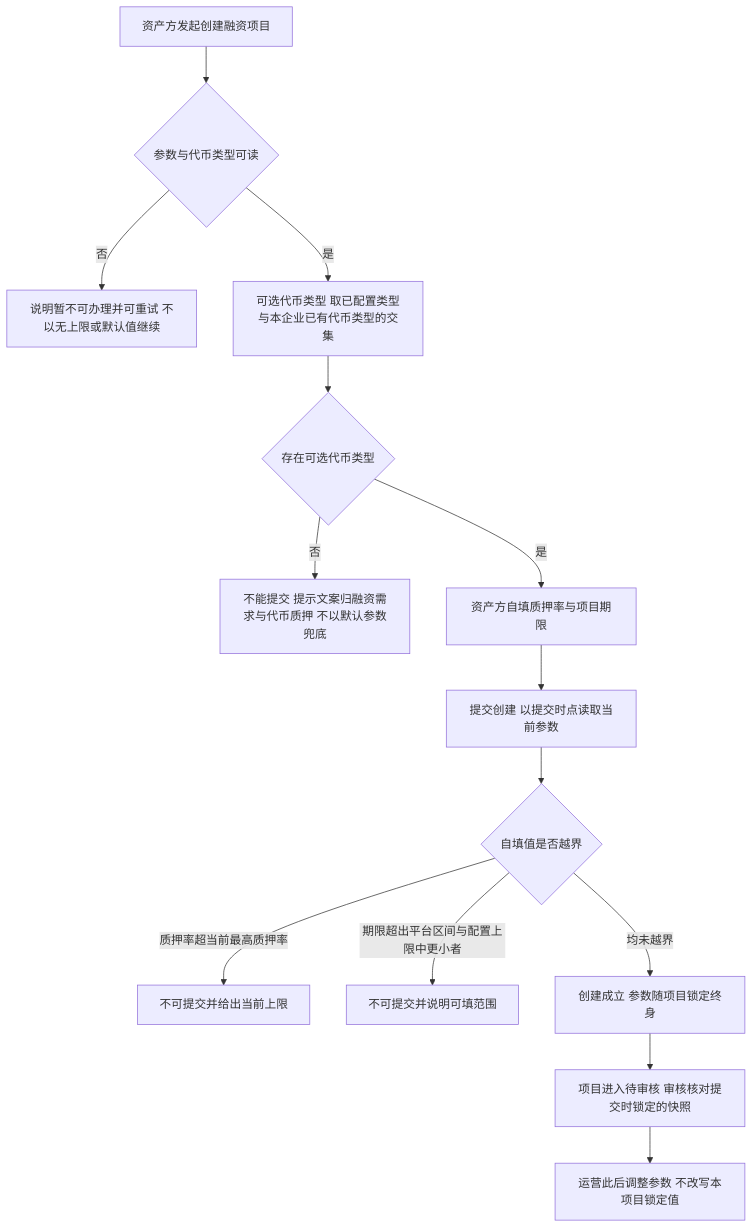
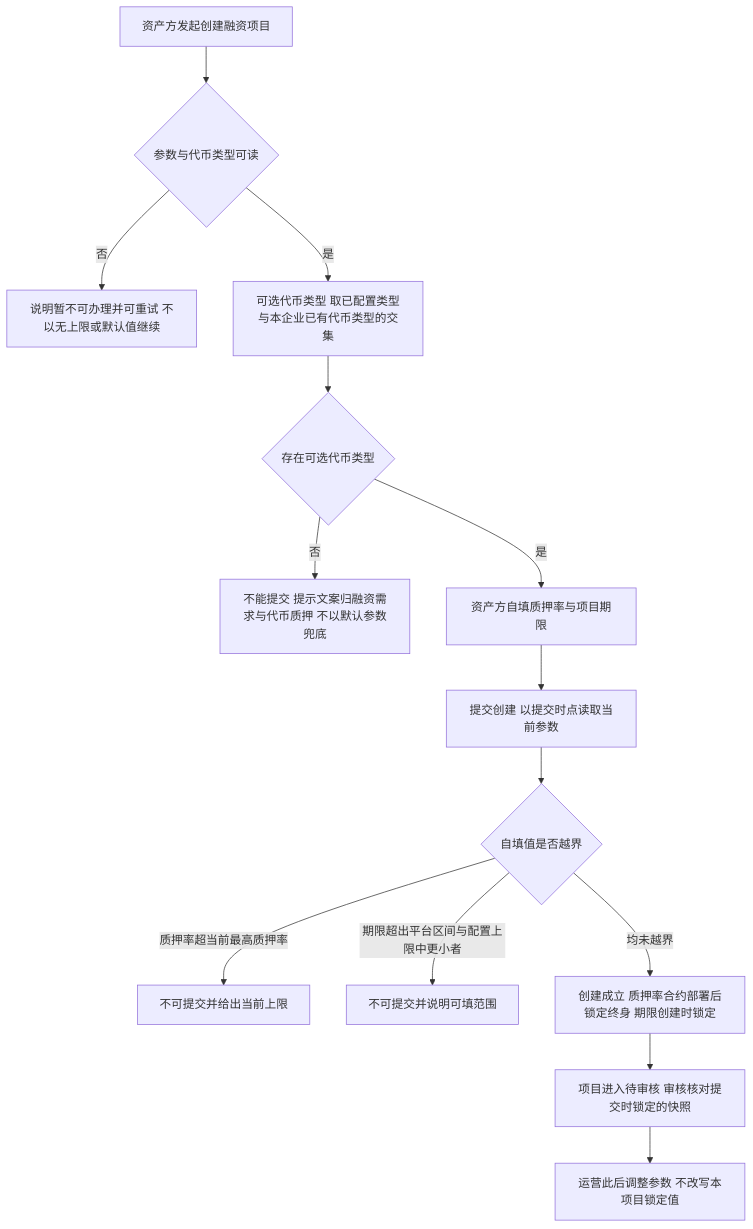
One commit to wxblockchain/Chain-Financing changed the second of 5 diagrams in lending-platform/PRD/运营端/02-运营端融资参数配置/02-运营端融资参数配置-流程图与状态机.md. Above: the diagram before and after it, drawn with Mermaid. The commit also changed other lines of this file and 9 other files, not shown here.

````diff
--- a/lending-platform/PRD/运营端/02-运营端融资参数配置/02-运营端融资参数配置-流程图与状态机.md
+++ b/lending-platform/PRD/运营端/02-运营端融资参数配置/02-运营端融资参数配置-流程图与状态机.md
@@ -49,16 +49,16 @@
 ```mermaid
 flowchart TD
     A[资产方发起创建融资项目] --> B{参数与代币类型可读}
     B -->|否| C[说明暂不可办理并可重试 不以无上限或默认值继续]
     B -->|是| D[可选代币类型 取已配置类型与本企业已有代币类型的交集]
     D --> E{存在可选代币类型}
     E -->|否| F[不能提交 提示文案归融资需求与代币质押 不以默认参数兜底]
     E -->|是| G[资产方自填质押率与项目期限]
     G --> H[提交创建 以提交时点读取当前参数]
     H --> I{自填值是否越界}
     I -->|质押率超当前最高质押率| J[不可提交并给出当前上限]
     I -->|期限超出平台区间与配置上限中更小者| K[不可提交并说明可填范围]
-    I -->|均未越界| L[创建成立 参数随项目锁定终身]
+    I -->|均未越界| L[创建成立 质押率合约部署后锁定终身 期限创建时锁定]
     L --> M[项目进入待审核 审核核对提交时锁定的快照]
     M --> N[运营此后调整参数 不改写本项目锁定值]
 ```
````
